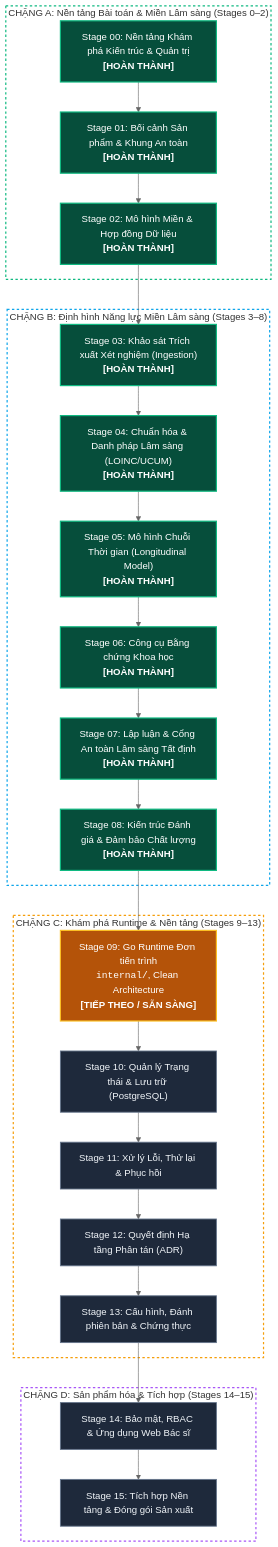
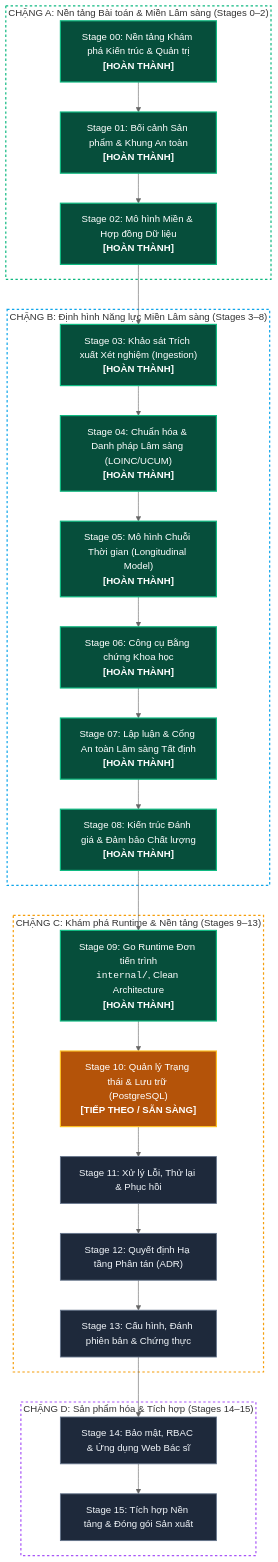
One commit to DuyVuux/BiolyzerAgent changed the third of 9 diagrams in README.vi.md. Above: the diagram before and after it, drawn with Mermaid (neutral theme). The commit also changed other lines of this file and 1 other file, not shown here.

Commit message:
docs(stage-09): update English and Vietnamese READMEs with Stage 09 single-process runtime architecture and verification

````diff
--- a/README.vi.md
+++ b/README.vi.md
@@ -117,38 +119,38 @@
 ```mermaid
 flowchart TD
     classDef done fill:#064e3b,stroke:#10b981,stroke-width:2px,color:#ffffff;
     classDef current fill:#b45309,stroke:#fbbf24,stroke-width:2px,color:#ffffff;
     classDef queued fill:#1e293b,stroke:#64748b,stroke-width:1.5px,color:#f1f5f9;
 
     subgraph PhaseA["CHẶNG A: Nền tảng Bài toán & Miền Lâm sàng (Stages 0–2)"]
         S0["Stage 00: Nền tảng Khám phá Kiến trúc & Quản trị<br/><b>[HOÀN THÀNH]</b>"]:::done --> S1["Stage 01: Bối cảnh Sản phẩm & Khung An toàn<br/><b>[HOÀN THÀNH]</b>"]:::done
         S1 --> S2["Stage 02: Mô hình Miền & Hợp đồng Dữ liệu<br/><b>[HOÀN THÀNH]</b>"]:::done
     end
 
     subgraph PhaseB["CHẶNG B: Định hình Năng lực Miền Lâm sàng (Stages 3–8)"]
         S2 --> S3["Stage 03: Khảo sát Trích xuất Xét nghiệm (Ingestion)<br/><b>[HOÀN THÀNH]</b>"]:::done
         S3 --> S4["Stage 04: Chuẩn hóa & Danh pháp Lâm sàng (LOINC/UCUM)<br/><b>[HOÀN THÀNH]</b>"]:::done
         S4 --> S5["Stage 05: Mô hình Chuỗi Thời gian (Longitudinal Model)<br/><b>[HOÀN THÀNH]</b>"]:::done
         S5 --> S6["Stage 06: Công cụ Bằng chứng Khoa học<br/><b>[HOÀN THÀNH]</b>"]:::done
         S6 --> S7["Stage 07: Lập luận & Cổng An toàn Lâm sàng Tất định<br/><b>[HOÀN THÀNH]</b>"]:::done
         S7 --> S8["Stage 08: Kiến trúc Đánh giá & Đảm bảo Chất lượng<br/><b>[HOÀN THÀNH]</b>"]:::done
     end
 
     subgraph PhaseC["CHẶNG C: Khám phá Runtime & Nền tảng (Stages 9–13)"]
-        S8 --> S9["Stage 09: Go Runtime Đơn tiến trình<br/><code>internal/</code>, Clean Architecture<br/><b>[TIẾP THEO / SẴN SÀNG]</b>"]:::current
-        S9 --> S10["Stage 10: Quản lý Trạng thái & Lưu trữ (PostgreSQL)"]:::queued
+        S8 --> S9["Stage 09: Go Runtime Đơn tiến trình<br/><code>internal/</code>, Clean Architecture<br/><b>[HOÀN THÀNH]</b>"]:::done
+        S9 --> S10["Stage 10: Quản lý Trạng thái & Lưu trữ (PostgreSQL)<br/><b>[TIẾP THEO / SẴN SÀNG]</b>"]:::current
         S10 --> S11["Stage 11: Xử lý Lỗi, Thử lại & Phục hồi"]:::queued
         S11 --> S12["Stage 12: Quyết định Hạ tầng Phân tán (ADR)"]:::queued
         S12 --> S13["Stage 13: Cấu hình, Đánh phiên bản & Chứng thực"]:::queued
     end
 
     subgraph PhaseD["CHẶNG D: Sản phẩm hóa & Tích hợp (Stages 14–15)"]
         S13 --> S14["Stage 14: Bảo mật, RBAC & Ứng dụng Web Bác sĩ"]:::queued
         S14 --> S15["Stage 15: Tích hợp Nền tảng & Đóng gói Sản xuất"]:::queued
     end
 
     style PhaseA fill:none,stroke:#10b981,stroke-width:2px,stroke-dasharray: 4 4;
     style PhaseB fill:none,stroke:#0ea5e9,stroke-width:2px,stroke-dasharray: 4 4;
     style PhaseC fill:none,stroke:#f59e0b,stroke-width:2px,stroke-dasharray: 4 4;
     style PhaseD fill:none,stroke:#a855f7,stroke-width:2px,stroke-dasharray: 4 4;
 ```
````
